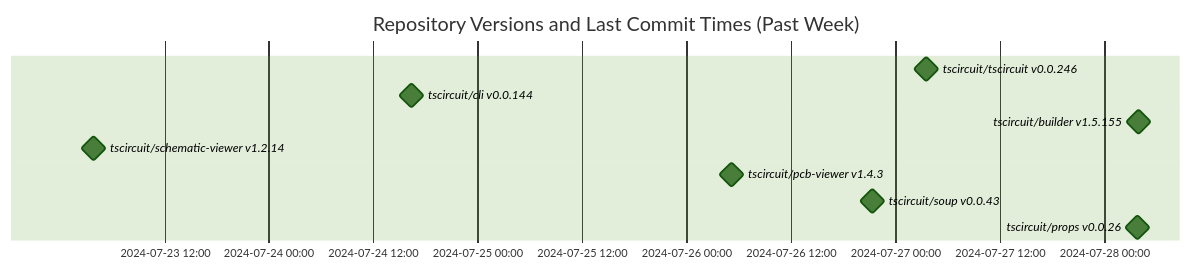
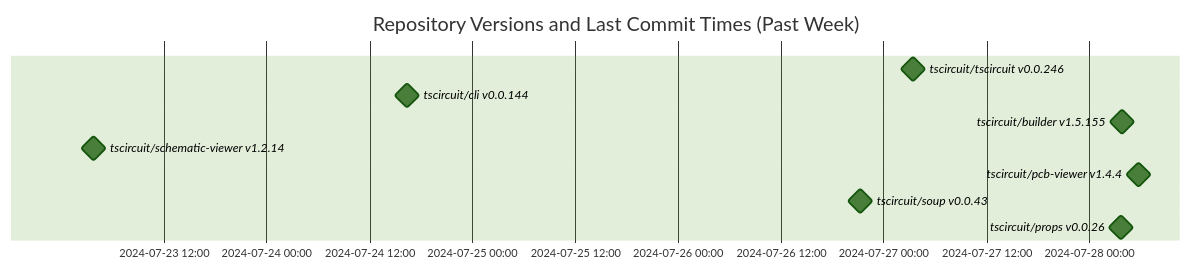
Before and after one commit to tscircuit/version-tracker: the diagram in README.md, drawn with Mermaid (forest theme).

Commit message:
Update chart

````diff
--- a/README.md
+++ b/README.md
@@ -1,14 +1,14 @@
 ```mermaid
 gantt
   dateFormat  YYYY-MM-DD HH:mm:ss
   title Repository Versions and Last Commit Times (Past Week)
   axisFormat %Y-%m-%d %H:%M
 
   tscircuit/tscircuit v0.0.246 : milestone, 2024-07-27 03:27:02, 1s
   tscircuit/cli v0.0.144 : milestone, 2024-07-24 16:24:13, 1s
   tscircuit/builder v1.5.155 : milestone, 2024-07-28 03:53:14, 1s
   tscircuit/schematic-viewer v1.2.14 : milestone, 2024-07-23 03:50:56, 1s
-  tscircuit/pcb-viewer v1.4.3 : milestone, 2024-07-26 05:10:56, 1s
+  tscircuit/pcb-viewer v1.4.4 : milestone, 2024-07-28 05:46:25, 1s
   tscircuit/soup v0.0.43 : milestone, 2024-07-26 21:15:18, 1s
   tscircuit/props v0.0.26 : milestone, 2024-07-28 03:42:14, 1s
 ```
````
